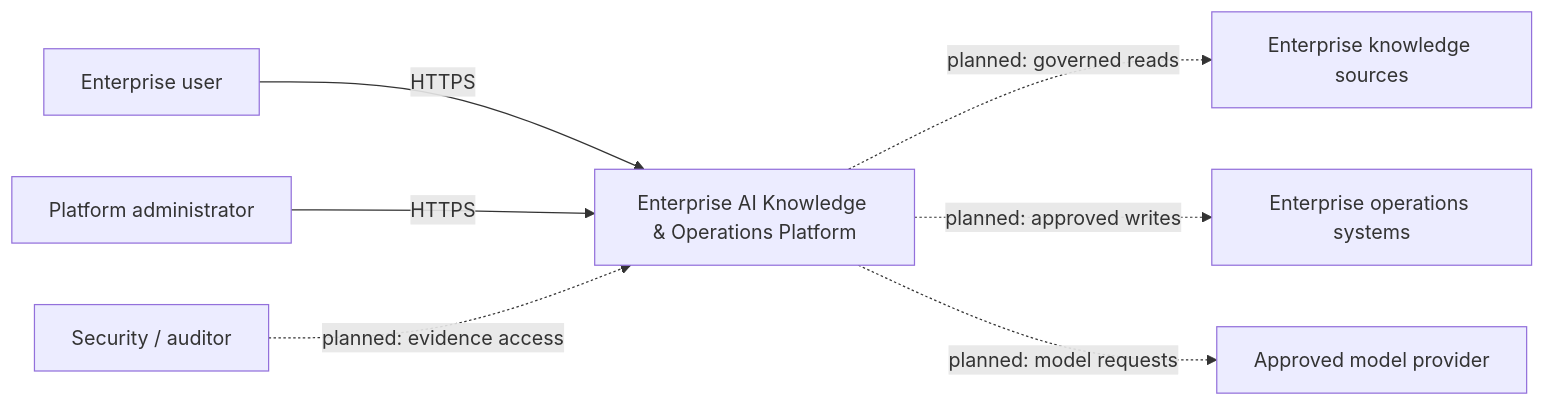
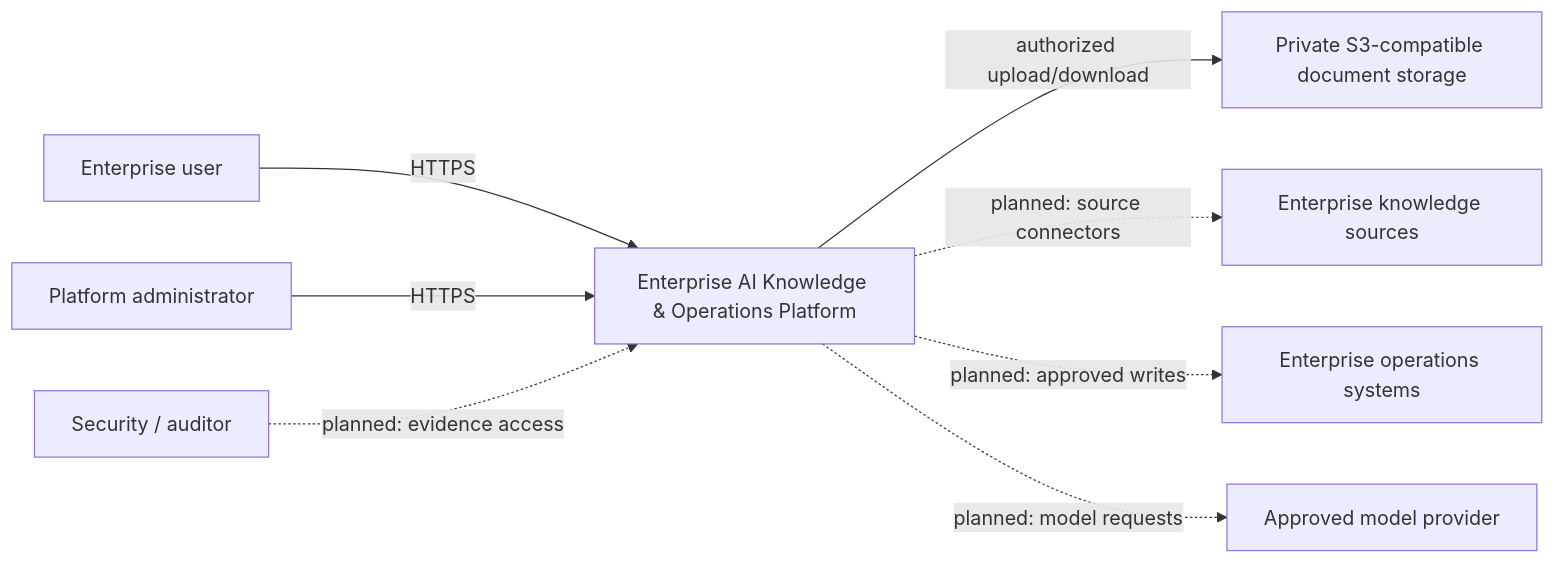
One commit to Yanziki/enterprise-ai-knowledge-ops-platform changed the first of 2 diagrams in docs/architecture/context.md. Above: the diagram before and after it, drawn with Mermaid. The commit also changed other lines of this file and 3 other files, not shown here.

Commit message:
docs(knowledge): record document ingestion and storage decisions

````diff
--- a/docs/architecture/context.md
+++ b/docs/architecture/context.md
@@ -9,9 +9,10 @@
 ```mermaid
 flowchart LR
   User["Enterprise user"] -->|"HTTPS"| Platform["Enterprise AI Knowledge & Operations Platform"]
   Admin["Platform administrator"] -->|"HTTPS"| Platform
-  Platform -. "planned: governed reads" .-> Sources["Enterprise knowledge sources"]
+  Platform -->|"authorized upload/download"| Storage["Private S3-compatible document storage"]
+  Platform -. "planned: source connectors" .-> Sources["Enterprise knowledge sources"]
   Platform -. "planned: approved writes" .-> Ops["Enterprise operations systems"]
   Platform -. "planned: model requests" .-> Models["Approved model provider"]
   Auditor["Security / auditor"] -. "planned: evidence access" .-> Platform
 ```
````
